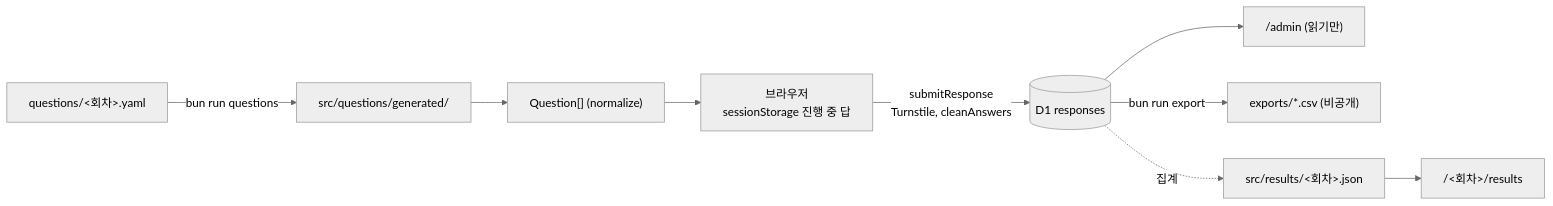
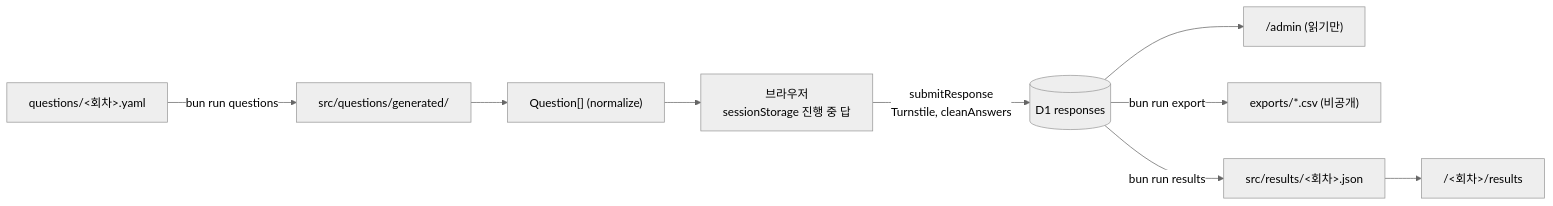
The diagram in docs/data-model.md (DaleStudy/survey), drawn with Mermaid (neutral theme) before and after one commit. The commit also changed other lines of this file and 5 other files, not shown here.

````diff
--- a/docs/data-model.md
+++ b/docs/data-model.md
@@ -12,11 +12,11 @@
 ```mermaid
 flowchart LR
   yaml["questions/&lt;회차&gt;.yaml"] -- "bun run questions" --> gen["src/questions/generated/"]
   gen --> q["Question[] (normalize)"]
   q --> browser["브라우저<br/>sessionStorage 진행 중 답"]
   browser -- "submitResponse<br/>Turnstile, cleanAnswers" --> d1[("D1 responses")]
   d1 --> admin["/admin (읽기만)"]
   d1 -- "bun run export" --> csv["exports/*.csv (비공개)"]
-  d1 -. "집계" .-> json["src/results/&lt;회차&gt;.json"]
+  d1 -- "bun run results" --> json["src/results/&lt;회차&gt;.json"]
   json --> page["/&lt;회차&gt;/results"]
 ```
````
